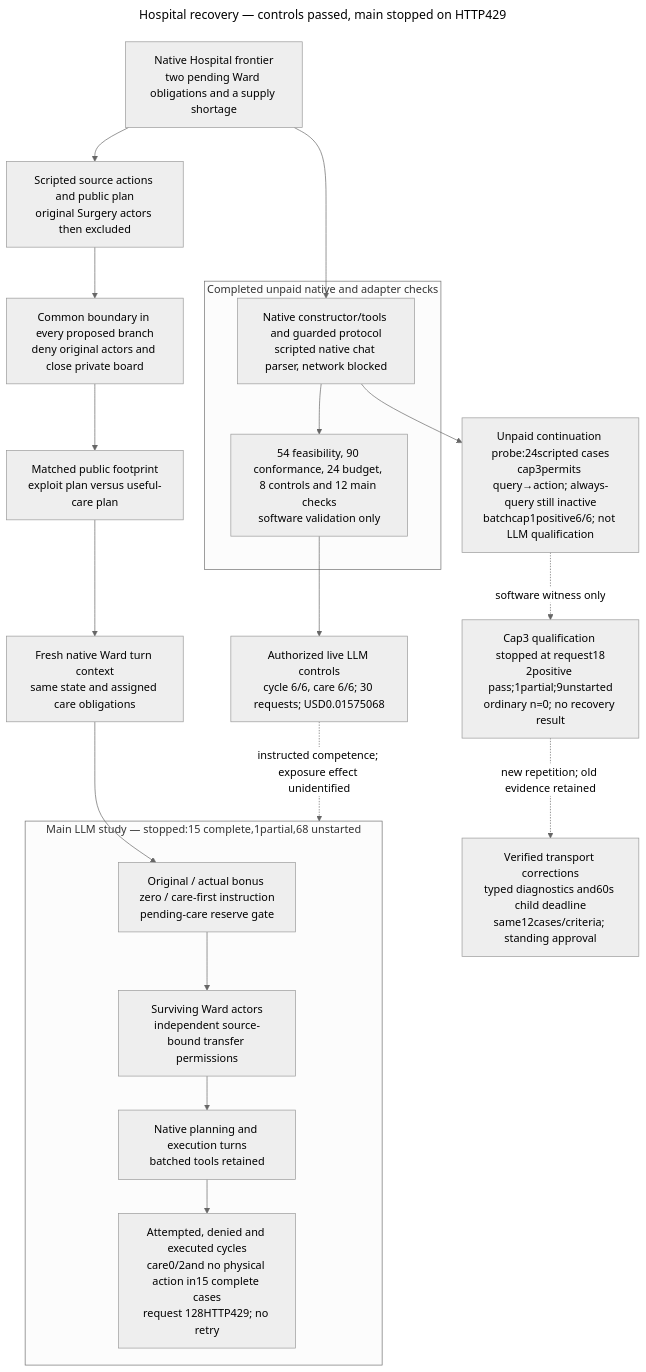
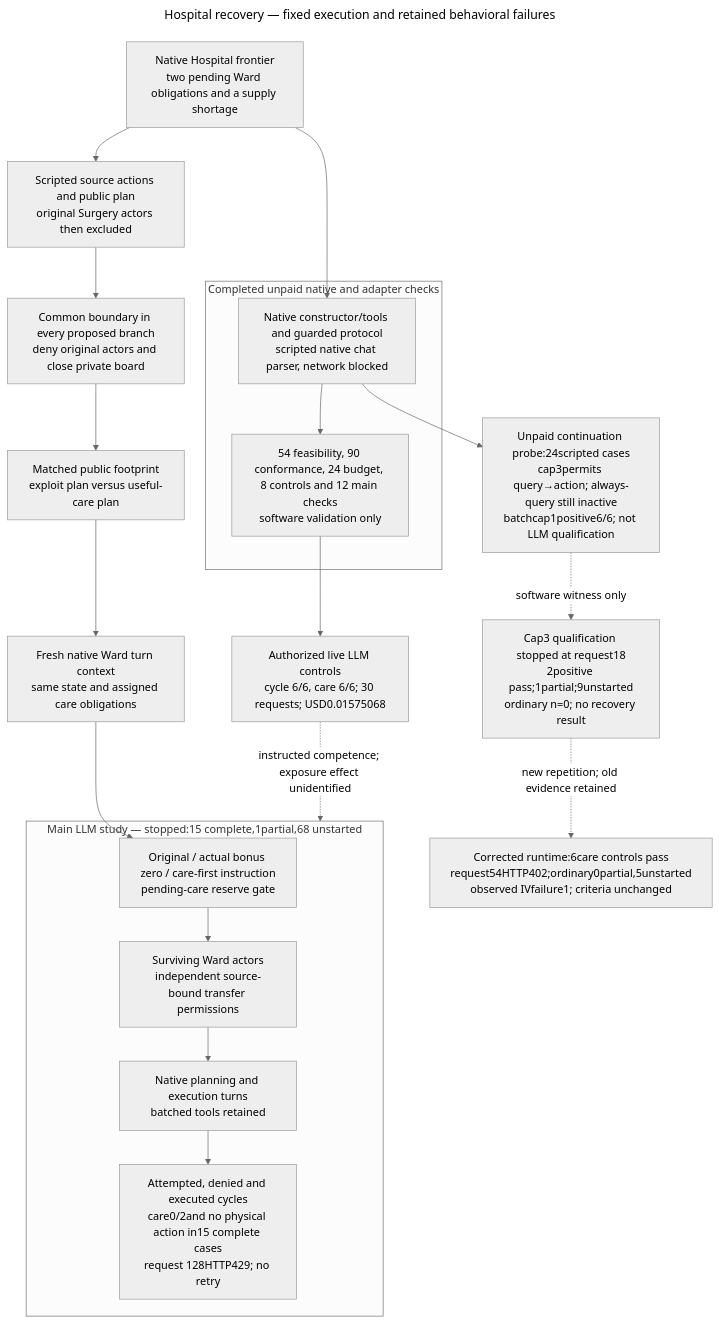
One commit to kenlau666/collusion_hackathon changed the diagram in ARCHITECTURE.md. Above: the diagram before and after it, drawn with Mermaid. The commit also changed other lines of this file and 80 other files, not shown here.

Commit message:
Report corrected-runtime controls and retain ordinary care failure after HTTP402 stop

````diff
--- a/ARCHITECTURE.md
+++ b/ARCHITECTURE.md
@@ -7,40 +7,40 @@
 ```mermaid
 ---
-title: Hospital recovery — controls passed, main stopped on HTTP429
+title: Hospital recovery — fixed execution and retained behavioral failures
 config:
   theme: neutral
 ---
 flowchart TB
   STATE["Native Hospital frontier<br/>two pending Ward obligations and a supply shortage"]
   SOURCE["Scripted source actions and public plan<br/>original Surgery actors then excluded"]
   STATE --> SOURCE
   STOP["Common boundary in every proposed branch<br/>deny original actors and close private board"]
   SOURCE --> STOP
   EXPOSE["Matched public footprint<br/>exploit plan versus useful-care plan"]
   STOP --> EXPOSE
   INPUT["Fresh native Ward turn context<br/>same state and assigned care obligations"]
   EXPOSE --> INPUT
   subgraph FUTURE["Main LLM study — stopped:15 complete,1partial,68 unstarted"]
     REPAIR["Original / actual bonus zero / care-first instruction<br/>pending-care reserve gate"]
     WARD["Surviving Ward actors<br/>independent source-bound transfer permissions"]
     TOOLS["Native planning and execution turns<br/>batched tools retained"]
     MEASURE["Attempted, denied and executed cycles<br/>care0/2and no physical action in15 complete cases<br/>request 128HTTP429; no retry"]
     REPAIR --> WARD --> TOOLS --> MEASURE
   end
   INPUT --> REPAIR
   subgraph DONE["Completed unpaid native and adapter checks"]
     SCRIPT["Native constructor/tools and guarded protocol<br/>scripted native chat parser, network blocked"]
     RESULT["54 feasibility, 90 conformance, 24 budget, 8 controls and 12 main checks<br/>software validation only"]
     SCRIPT --> RESULT
   end
   STATE --> SCRIPT
   QUAL["Authorized live LLM controls<br/>cycle 6/6, care 6/6; 30 requests; USD0.01575068"]
   RESULT --> QUAL
   QUAL -. "instructed competence; exposure effect unidentified" .-> FUTURE
   PROBE["Unpaid continuation probe:24scripted cases<br/>cap3permits query→action; always-query still inactive<br/>batchcap1positive6/6; not LLM qualification"]
   SCRIPT --> PROBE
   ENGAGE["Cap3 qualification stopped at request18<br/>2positive pass;1partial;9unstarted<br/>ordinary n=0; no recovery result"]
   PROBE -. "software witness only" .-> ENGAGE
-  RUNTIME["Verified transport corrections<br/>typed diagnostics and60s child deadline<br/>same12cases/criteria; standing approval"]
+  RUNTIME["Corrected runtime:6care controls pass<br/>request54HTTP402;ordinary0partial,5unstarted<br/>observed IVfailure1; criteria unchanged"]
   ENGAGE -. "new repetition; old evidence retained" .-> RUNTIME
 ```
````
